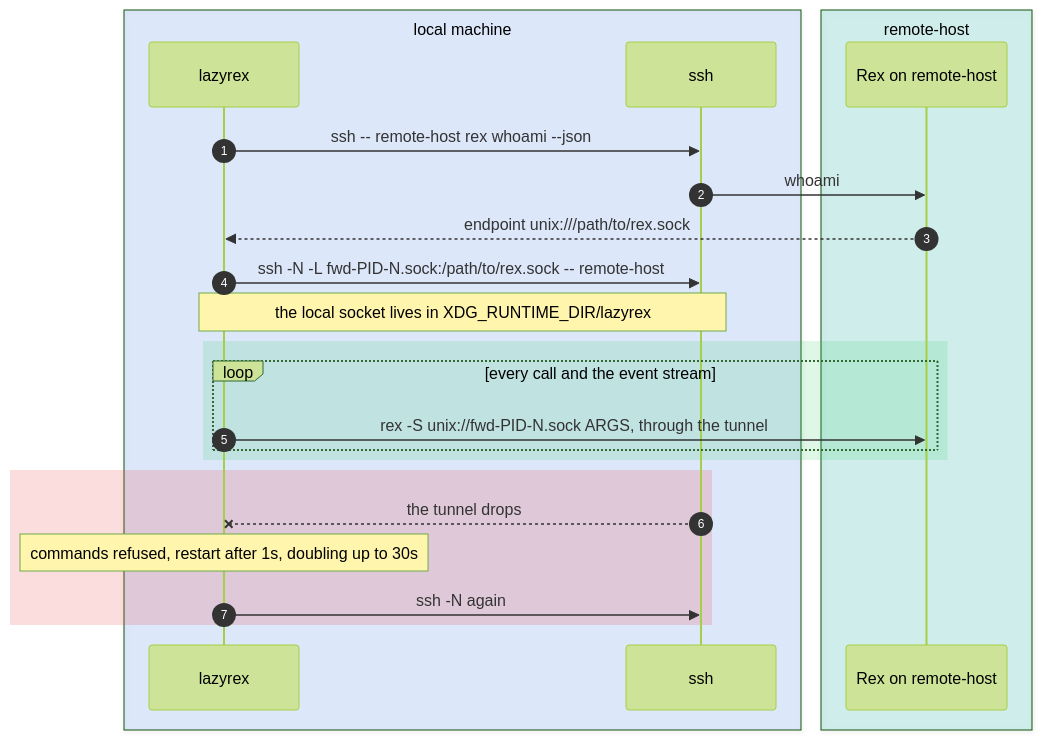
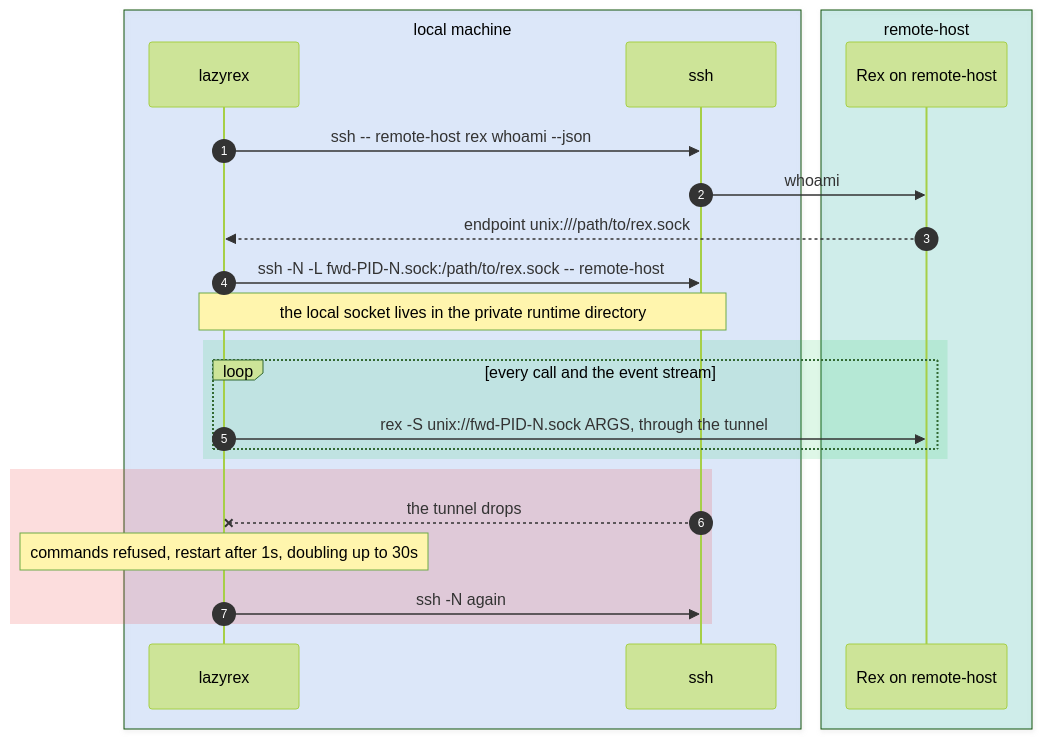
One commit to rbobillot/lazyrex changed the second of 2 diagrams in docs/ssh.md. Above: the diagram before and after it, drawn with Mermaid (forest theme). The commit also changed other lines of this file and 3 other files, not shown here.

First line of the commit message:
docs: describe the runtime directory fallback

````diff
--- a/docs/ssh.md
+++ b/docs/ssh.md
@@ -64,26 +68,26 @@
 ```mermaid
 sequenceDiagram
     autonumber
     box rgba(59,130,246,0.15) local machine
     participant L as lazyrex
     participant S as ssh
     end
     box rgba(20,184,166,0.18) remote-host
     participant R as Rex on remote-host
     end
     L->>S: ssh -- remote-host rex whoami --json
     S->>R: whoami
     R-->>L: endpoint unix:///path/to/rex.sock
     L->>S: ssh -N -L fwd-PID-N.sock:/path/to/rex.sock -- remote-host
-    Note over L,S: the local socket lives in XDG_RUNTIME_DIR/lazyrex
+    Note over L,S: the local socket lives in the private runtime directory
     rect rgba(34,197,94,0.15)
     loop every call and the event stream
         L->>R: rex -S unix://fwd-PID-N.sock ARGS, through the tunnel
     end
     end
     rect rgba(239,68,68,0.18)
     S--xL: the tunnel drops
     Note over L: commands refused, restart after 1s, doubling up to 30s
     L->>S: ssh -N again
     end
 ```
````
